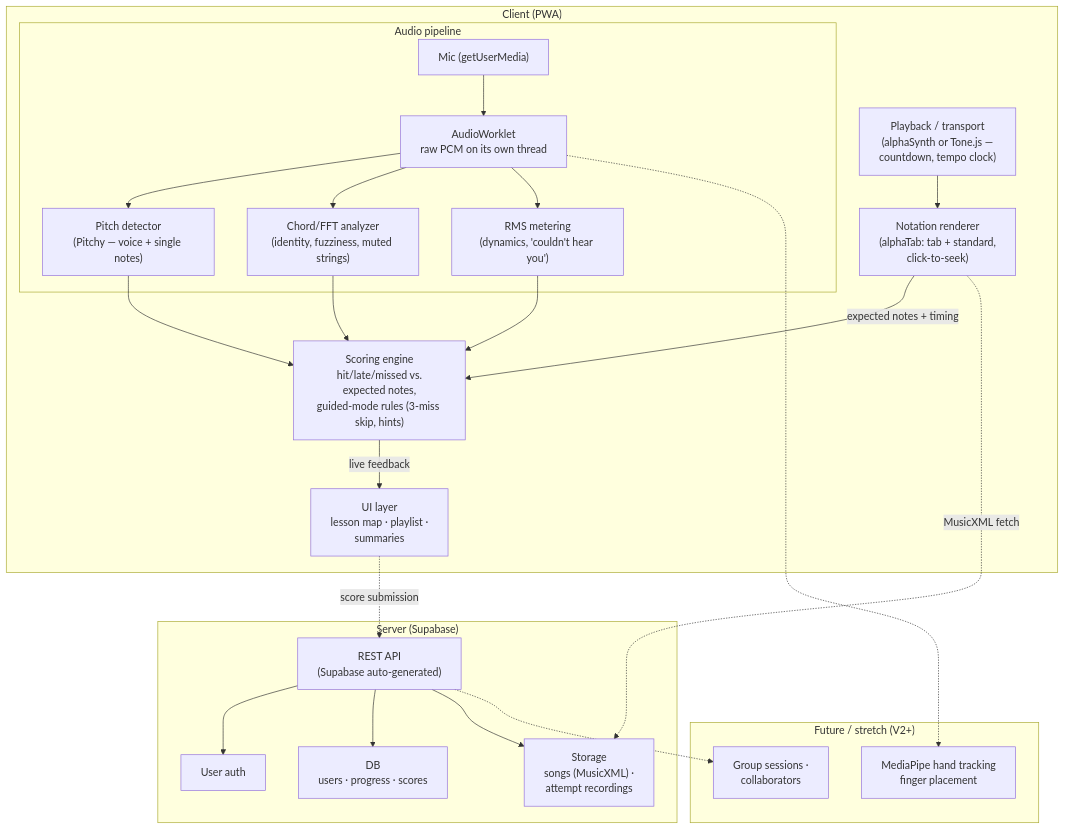
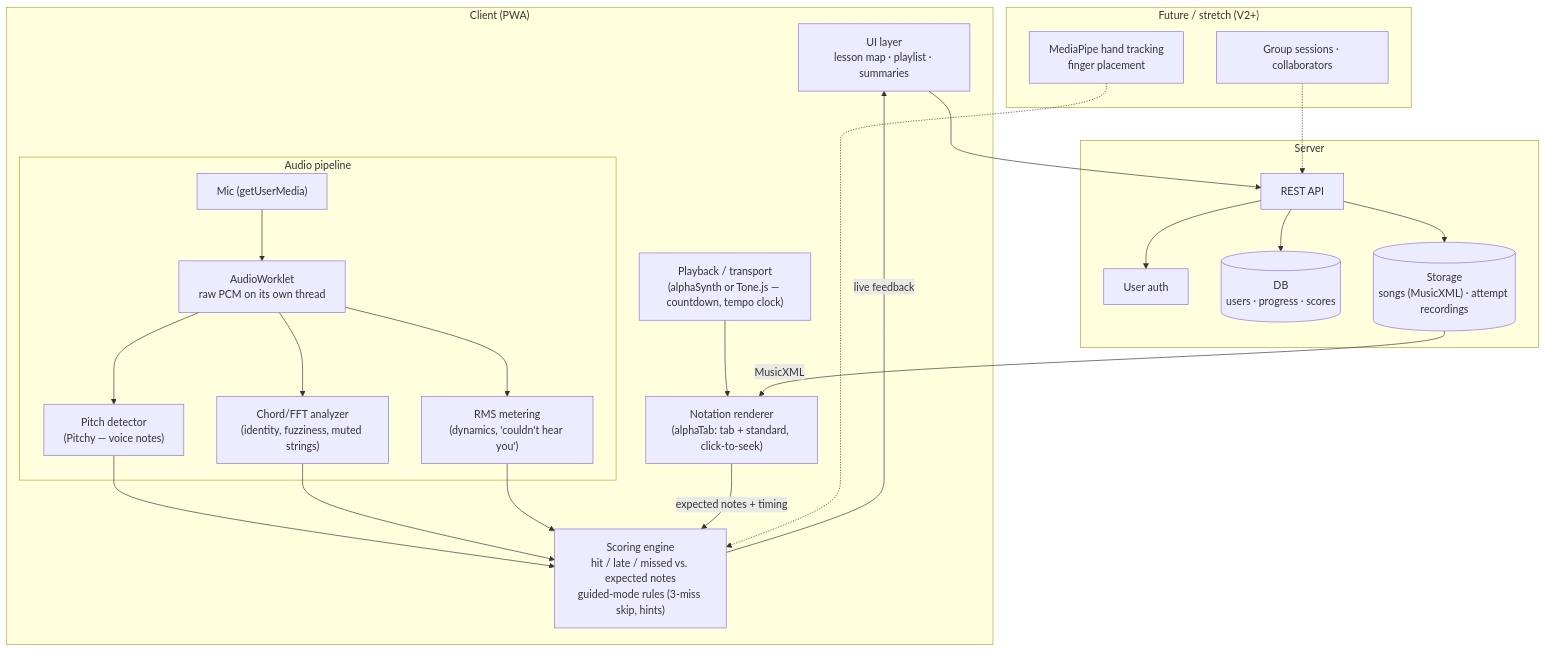
The diagram in 3-architecture/rough-architecture-2.md (Harmonic-416/specifications), drawn with Mermaid before and after one commit. The commit also changed other lines of this file, not shown here.

````diff
--- a/3-architecture/rough-architecture-2.md
+++ b/3-architecture/rough-architecture-2.md
@@ -5,51 +5,37 @@
 ```mermaid
 flowchart TB
     subgraph Client["Client (PWA)"]
-        subgraph AudioPipeline["Audio pipeline"]
+        UI["UI layer<br/>lesson map · playlist · summaries"]
+        Notation["Notation renderer<br/>(alphaTab: tab + standard, click-to-seek)"]
+        Playback["Playback / transport<br/>(alphaSynth or Tone.js — countdown, tempo clock)"]
+        subgraph AudioPipe["Audio pipeline"]
             Mic["Mic (getUserMedia)"]
             Worklet["AudioWorklet<br/>raw PCM on its own thread"]
-            Pitch["Pitch detector<br/>(Pitchy — voice + single notes)"]
+            Pitch["Pitch detector<br/>(Pitchy — voice notes)"]
             Chord["Chord/FFT analyzer<br/>(identity, fuzziness, muted strings)"]
-            RMS["RMS metering<br/>(dynamics, 'couldn't hear you')"]
-
-            Mic --> Worklet
-            Worklet --> Pitch
-            Worklet --> Chord
-            Worklet --> RMS
+            Volume["RMS metering<br/>(dynamics, 'couldn't hear you')"]
         end
-
-        Playback["Playback / transport<br/>(alphaSynth or Tone.js —<br/>countdown, tempo clock)"]
-        Notation["Notation renderer<br/>(alphaTab: tab + standard,<br/>click-to-seek)"]
-        Scoring["Scoring engine<br/>hit/late/missed vs.<br/>expected notes,<br/>guided-mode rules (3-miss skip, hints)"]
-        UI["UI layer<br/>lesson map · playlist ·<br/>summaries"]
-
-        Playback --> Notation
-        Notation -- "expected notes + timing" --> Scoring
-        Pitch --> Scoring
-        Chord --> Scoring
-        RMS --> Scoring
-        Scoring -- "live feedback" --> UI
+        Scoring["Scoring engine<br/>hit / late / missed vs. expected notes<br/>guided-mode rules (3-miss skip, hints)"]
     end
-
-    subgraph Server["Server (Supabase)"]
-        API["REST API<br/>(Supabase auto-generated)"]
+    subgraph Server["Server"]
         Auth["User auth"]
-        DB["DB<br/>users · progress · scores"]
-        Storage["Storage<br/>songs (MusicXML) ·<br/>attempt recordings"]
-
-        API --> Auth
-        API --> DB
-        API --> Storage
+        API["REST API"]
+        DB[("DB<br/>users · progress · scores")]
+        Files[("Storage<br/>songs (MusicXML) · attempt recordings")]
     end
-
-    UI -.->|"score submission"| API
-    Notation -.->|"MusicXML fetch"| Storage
-
     subgraph Future["Future / stretch (V2+)"]
-        HandTrack["MediaPipe hand tracking<br/>finger placement"]
-        Group["Group sessions ·<br/>collaborators"]
+        CV["MediaPipe hand tracking<br/>finger placement"]
+        Groups["Group sessions · collaborators"]
     end
-
-    Worklet -.-> HandTrack
-    API -.-> Group
+    Mic --> Worklet
+    Worklet --> Pitch & Chord & Volume
+    Pitch & Chord & Volume --> Scoring
+    Notation -- "expected notes + timing" --> Scoring
+    Scoring -- "live feedback" --> UI
+    Playback --> Notation
+    UI --> API
+    API --> Auth & DB & Files
+    Files -- "MusicXML" --> Notation
+    CV -.-> Scoring
+    Groups -.-> API
 ```
````
